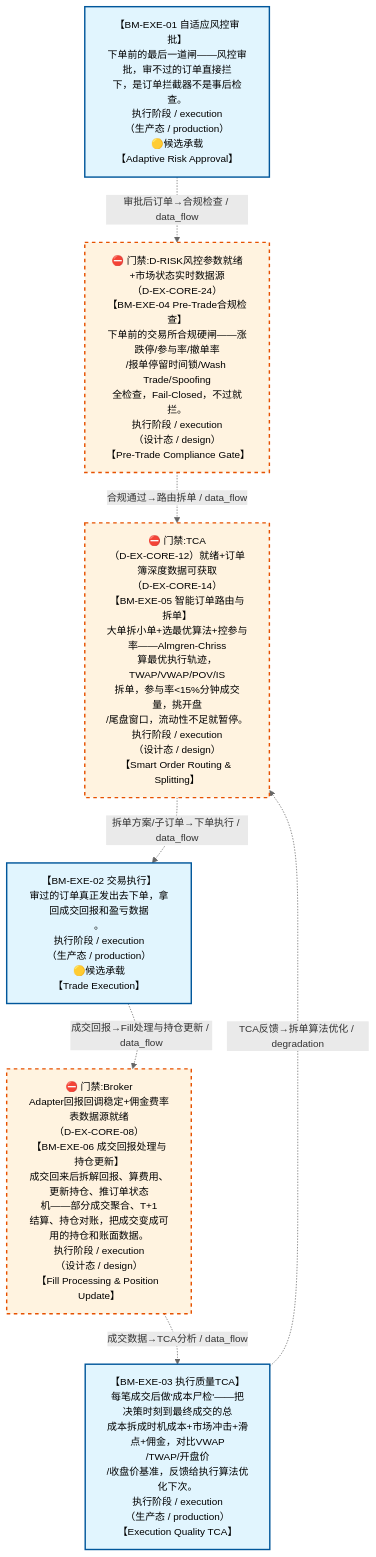
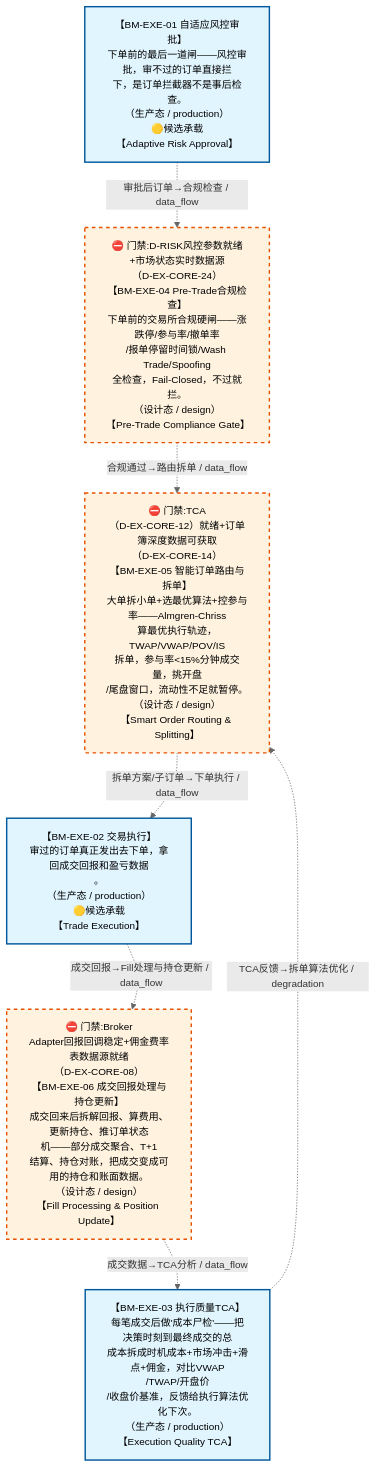
One commit to xuanFelixVan/ZephyrAlpha changed the diagram in docs/02_enterprise_architecture/07_trading_decision_architecture/battle_map/battle_map_10_execution.md. Above: the diagram before and after it, drawn with Mermaid. The commit also changed 173 other files, not shown here.

````diff
--- a/docs/02_enterprise_architecture/07_trading_decision_architecture/battle_map/battle_map_10_execution.md
+++ b/docs/02_enterprise_architecture/07_trading_decision_architecture/battle_map/battle_map_10_execution.md
@@ -38,25 +38,25 @@
 ```mermaid
 %%{init: {'theme': 'base', 'themeVariables': {'primaryColor': '#eaeaea', 'primaryTextColor': '#333333', 'primaryBorderColor': '#666666', 'lineColor': '#666666', 'secondaryColor': '#eaeaea', 'tertiaryColor': '#eaeaea', 'clusterBkg': 'transparent', 'clusterBorder': 'transparent', 'fontSize': '14px'}}}%%
 %% 执行阶段图
 flowchart TD
-    BM_EXE_01["【BM-EXE-01 自适应风控审批】<br/>下单前的最后一道闸——风控审批，审不过的订单直接拦<br/>下，是订单拦截器不是事后检查。<br/>执行阶段 / execution<br/>（生产态 / production）<br/>🟡候选承载<br/>【Adaptive Risk Approval】"]
-    BM_EXE_04["⛔ 门禁:D-RISK风控参数就绪+市场状态实时数据源<br/>（D-EX-CORE-24）<br/>【BM-EXE-04 Pre-Trade合规检查】<br/>下单前的交易所合规硬闸——涨跌停/参与率/撤单率<br/>/报单停留时间锁/Wash Trade/Spoofing<br/>全检查，Fail-Closed，不过就拦。<br/>执行阶段 / execution<br/>（设计态 / design）<br/>【Pre-Trade Compliance Gate】"]
-    BM_EXE_05["⛔ 门禁:TCA<br/>（D-EX-CORE-12）就绪+订单簿深度数据可获取<br/>（D-EX-CORE-14）<br/>【BM-EXE-05 智能订单路由与拆单】<br/>大单拆小单+选最优算法+控参与率——Almgren-Chriss<br/>算最优执行轨迹，TWAP/VWAP/POV/IS<br/>拆单，参与率&lt;15%分钟成交量，挑开盘<br/>/尾盘窗口，流动性不足就暂停。<br/>执行阶段 / execution<br/>（设计态 / design）<br/>【Smart Order Routing &amp; Splitting】"]
-    BM_EXE_02["【BM-EXE-02 交易执行】<br/>审过的订单真正发出去下单，拿回成交回报和盈亏数据<br/>。<br/>执行阶段 / execution<br/>（生产态 / production）<br/>🟡候选承载<br/>【Trade Execution】"]
-    BM_EXE_06["⛔ 门禁:Broker<br/>Adapter回报回调稳定+佣金费率表数据源就绪<br/>（D-EX-CORE-08）<br/>【BM-EXE-06 成交回报处理与持仓更新】<br/>成交回来后拆解回报、算费用、更新持仓、推订单状态<br/>机——部分成交聚合、T+1<br/>结算、持仓对账，把成交变成可用的持仓和账面数据。<br/>执行阶段 / execution<br/>（设计态 / design）<br/>【Fill Processing &amp; Position Update】"]
-    BM_EXE_03["【BM-EXE-03 执行质量TCA】<br/>每笔成交后做'成本尸检'——把决策时刻到最终成交的总<br/>成本拆成时机成本+市场冲击+滑点+佣金，对比VWAP<br/>/TWAP/开盘价<br/>/收盘价基准，反馈给执行算法优化下次。<br/>执行阶段 / execution<br/>（生产态 / production）<br/>【Execution Quality TCA】"]
+    BM_EXE_01["【BM-EXE-01 自适应风控审批】<br/>下单前的最后一道闸——风控审批，审不过的订单直接拦<br/>下，是订单拦截器不是事后检查。<br/>（生产态 / production）<br/>🟡候选承载<br/>【Adaptive Risk Approval】"]
+    BM_EXE_04["⛔ 门禁:D-RISK风控参数就绪+市场状态实时数据源<br/>（D-EX-CORE-24）<br/>【BM-EXE-04 Pre-Trade合规检查】<br/>下单前的交易所合规硬闸——涨跌停/参与率/撤单率<br/>/报单停留时间锁/Wash Trade/Spoofing<br/>全检查，Fail-Closed，不过就拦。<br/>（设计态 / design）<br/>【Pre-Trade Compliance Gate】"]
+    BM_EXE_05["⛔ 门禁:TCA<br/>（D-EX-CORE-12）就绪+订单簿深度数据可获取<br/>（D-EX-CORE-14）<br/>【BM-EXE-05 智能订单路由与拆单】<br/>大单拆小单+选最优算法+控参与率——Almgren-Chriss<br/>算最优执行轨迹，TWAP/VWAP/POV/IS<br/>拆单，参与率&lt;15%分钟成交量，挑开盘<br/>/尾盘窗口，流动性不足就暂停。<br/>（设计态 / design）<br/>【Smart Order Routing &amp; Splitting】"]
+    BM_EXE_02["【BM-EXE-02 交易执行】<br/>审过的订单真正发出去下单，拿回成交回报和盈亏数据<br/>。<br/>（生产态 / production）<br/>🟡候选承载<br/>【Trade Execution】"]
+    BM_EXE_06["⛔ 门禁:Broker<br/>Adapter回报回调稳定+佣金费率表数据源就绪<br/>（D-EX-CORE-08）<br/>【BM-EXE-06 成交回报处理与持仓更新】<br/>成交回来后拆解回报、算费用、更新持仓、推订单状态<br/>机——部分成交聚合、T+1<br/>结算、持仓对账，把成交变成可用的持仓和账面数据。<br/>（设计态 / design）<br/>【Fill Processing &amp; Position Update】"]
+    BM_EXE_03["【BM-EXE-03 执行质量TCA】<br/>每笔成交后做'成本尸检'——把决策时刻到最终成交的总<br/>成本拆成时机成本+市场冲击+滑点+佣金，对比VWAP<br/>/TWAP/开盘价<br/>/收盘价基准，反馈给执行算法优化下次。<br/>（生产态 / production）<br/>【Execution Quality TCA】"]
     BM_EXE_05 ~~~ BM_EXE_02 ~~~ BM_EXE_06 ~~~ BM_EXE_03
     BM_EXE_01 -.->|审批后订单→合规检查 / data_flow| BM_EXE_04
     BM_EXE_04 -.->|合规通过→路由拆单 / data_flow| BM_EXE_05
     BM_EXE_05 -.->|拆单方案/子订单→下单执行 / data_flow| BM_EXE_02
     BM_EXE_02 -.->|成交回报→Fill处理与持仓更新 / data_flow| BM_EXE_06
     BM_EXE_06 -.->|成交数据→TCA分析 / data_flow| BM_EXE_03
     BM_EXE_03 -.->|TCA反馈→拆单算法优化 / degradation| BM_EXE_05
 classDef production fill:#e1f5fe,stroke:#01579b,stroke-width:2px,color:#000
 classDef design fill:#fff3e0,stroke:#e65100,stroke-width:2px,color:#000,stroke-dasharray: 5 5
 classDef deprecated fill:#ffebee,stroke:#c62828,stroke-width:2px,color:#000
 classDef missing fill:#eeeeee,stroke:#9e9e9e,stroke-width:2px,color:#000
 classDef candidate fill:#fffde7,stroke:#f9a825,stroke-width:2px,color:#000,stroke-dasharray: 5 5
     class BM_EXE_01,BM_EXE_02,BM_EXE_03 production
     class BM_EXE_04,BM_EXE_05,BM_EXE_06 design
 ```
````
